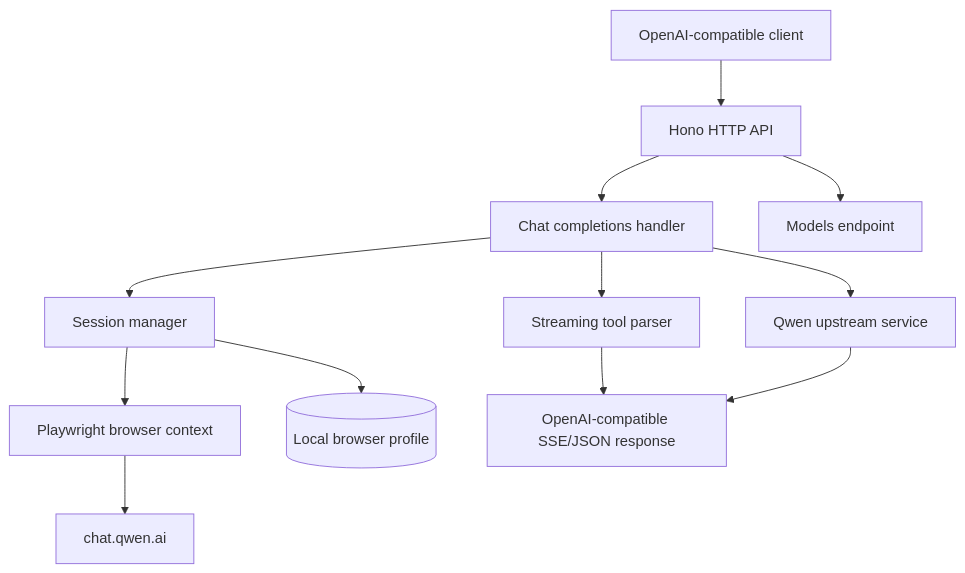
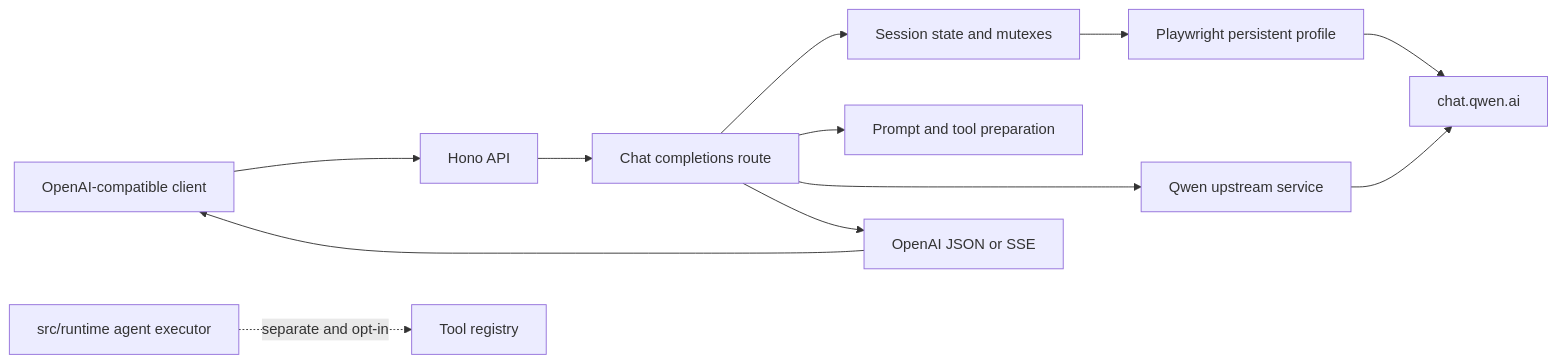
Before and after one commit to 33gsen/qwenproxy: the diagram in README.md, drawn with Mermaid. The commit also changed other lines of this file and 35 other files, not shown here.

````diff
--- a/README.md
+++ b/README.md
@@ -19,14 +25,15 @@
 ```mermaid
-flowchart TD
-    Client[OpenAI-compatible client] --> API[Hono HTTP API]
-    API --> Chat[Chat completions handler]
-    API --> Models[Models endpoint]
-    Chat --> Sessions[Session manager]
-    Chat --> Parser[Streaming tool parser]
-    Chat --> Upstream[Qwen upstream service]
-    Sessions --> Browser[Playwright browser context]
-    Browser --> Qwen[chat.qwen.ai]
-    Sessions --> Profile[(Local browser profile)]
-    Parser --> Response[OpenAI-compatible SSE/JSON response]
-    Upstream --> Response
+flowchart LR
+    Client[OpenAI-compatible client] --> API[Hono API]
+    API --> Route[Chat completions route]
+    Route --> Sessions[Session state and mutexes]
+    Route --> Prompt[Prompt and tool preparation]
+    Route --> Upstream[Qwen upstream service]
+    Sessions --> Browser[Playwright persistent profile]
+    Browser --> QwenWeb[chat.qwen.ai]
+    Upstream --> QwenWeb
+    Route --> Response[OpenAI JSON or SSE]
+    Response --> Client
+
+    Runtime[src/runtime agent executor] -. separate and opt-in .-> Tools[Tool registry]
 ```
````
